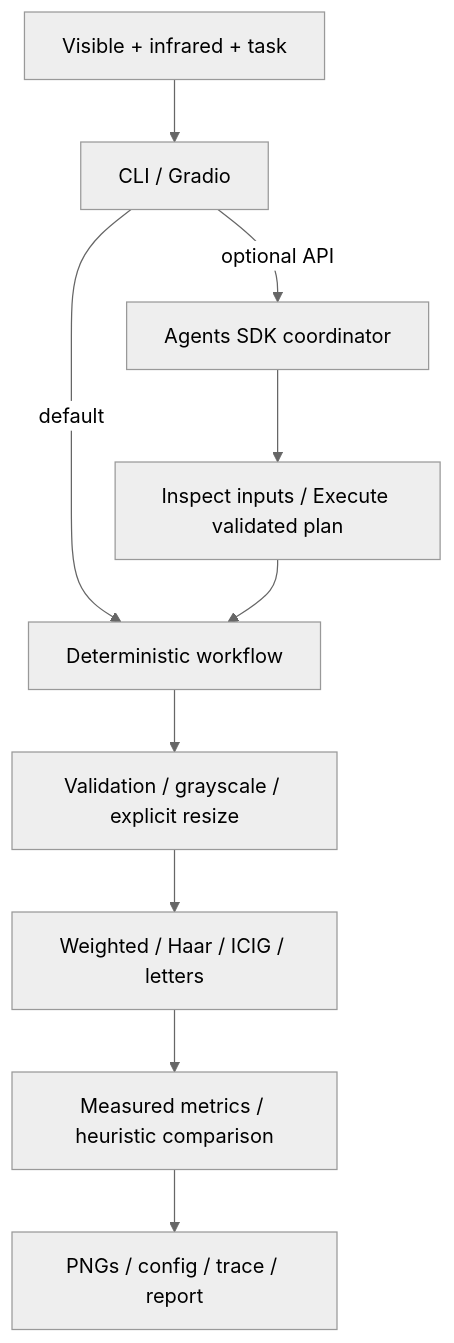
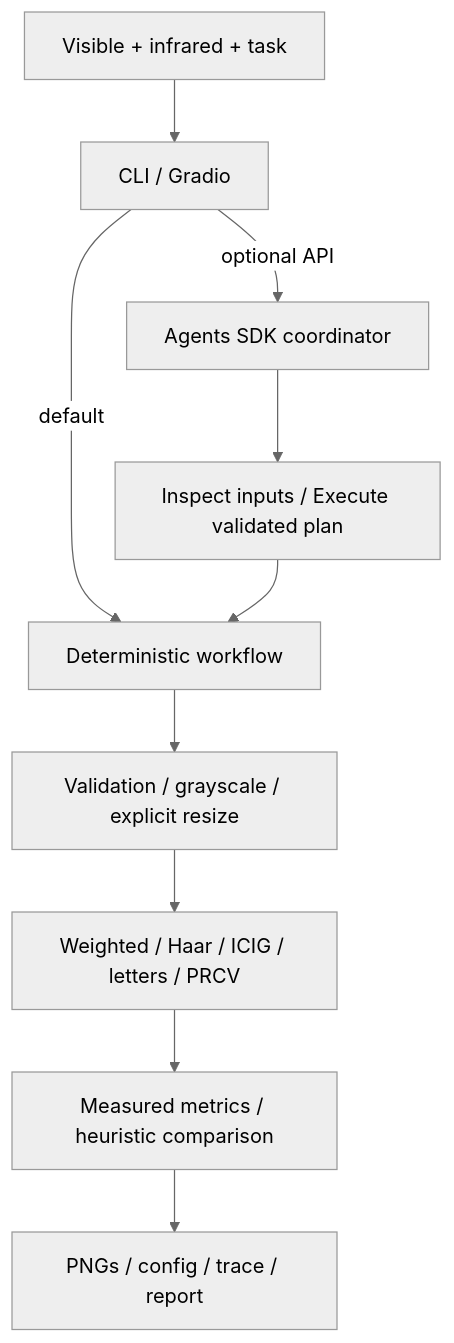
The diagram in README.md (hjt991202/fusion-agent), drawn with Mermaid (neutral theme) before and after one commit. The commit also changed other lines of this file and 55 other files, not shown here.

````diff
--- a/README.md
+++ b/README.md
@@ -51,12 +51,12 @@
 ```mermaid
 flowchart TD
     I[Visible + infrared + task] --> E[CLI / Gradio]
     E -->|default| W[Deterministic workflow]
     E -->|optional API| A[Agents SDK coordinator]
     A --> T[Inspect inputs / Execute validated plan]
     T --> W
     W --> P[Validation / grayscale / explicit resize]
-    P --> F[Weighted / Haar / ICIG / letters]
+    P --> F[Weighted / Haar / ICIG / letters / PRCV]
     F --> M[Measured metrics / heuristic comparison]
     M --> R[PNGs / config / trace / report]
 ```
````
